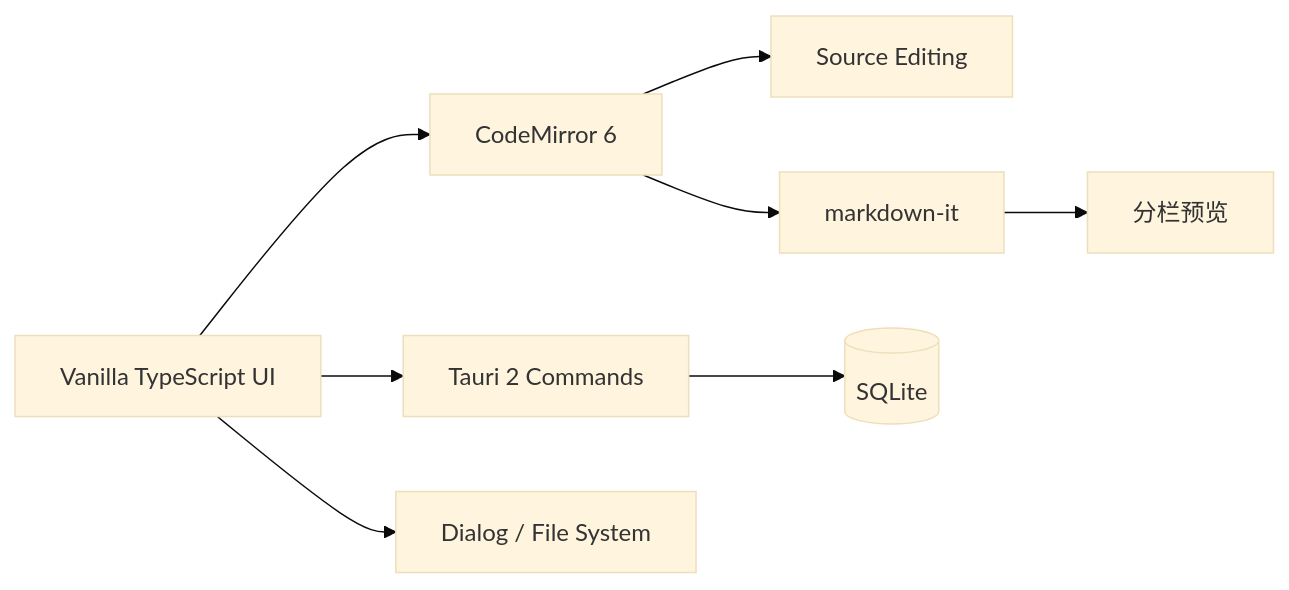
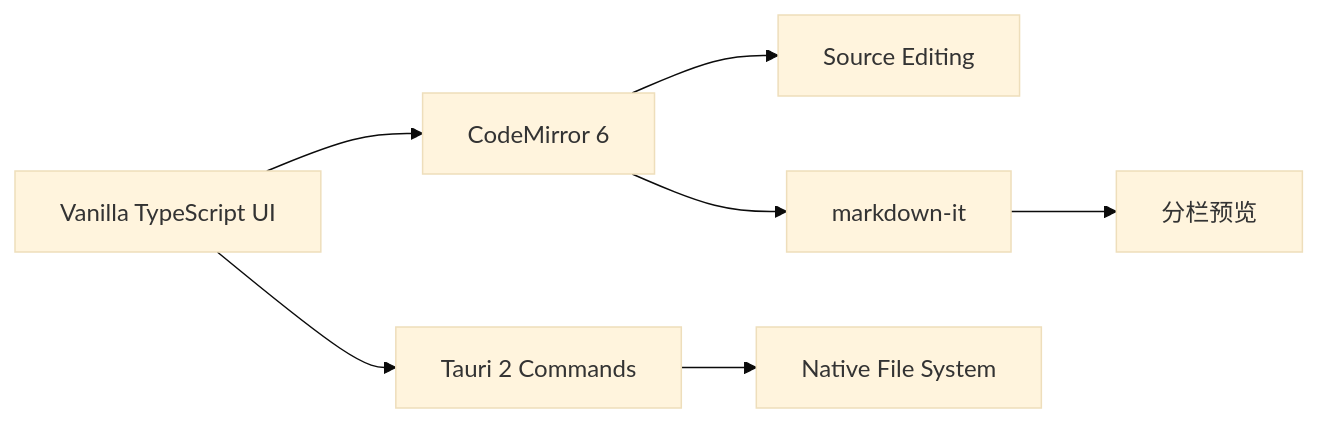
One commit to X1nLu/LightNote changed the diagram in README.md. Above: the diagram before and after it, drawn with Mermaid (base theme). The commit also changed other lines of this file and 8 other files, not shown here.

````diff
--- a/README.md
+++ b/README.md
@@ -20,10 +19,9 @@
 ```mermaid
 flowchart LR
 	UI[Vanilla TypeScript UI] --> CM[CodeMirror 6]
 	CM --> Source[Source Editing]
 	CM --> MD[markdown-it]
 	MD --> Preview[分栏预览]
 	UI --> Tauri[Tauri 2 Commands]
-	Tauri --> SQLite[(SQLite)]
-	UI --> Files[Dialog / File System]
+	Tauri --> Files[Native File System]
 ```
````
